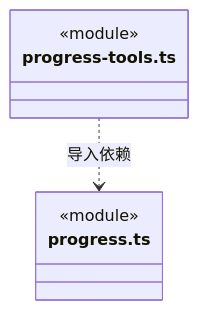
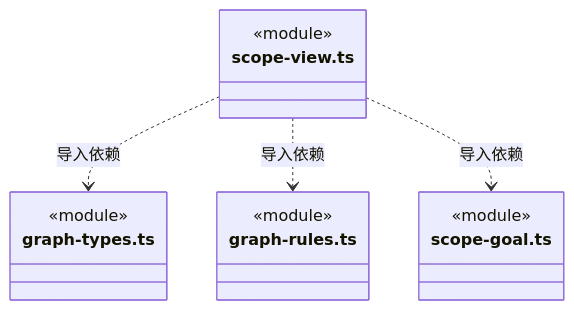
Diagram 41 of 43 in src/backend/core/tasks/ARCHITECTURE.md (nan023062/cbim), drawn with Mermaid before and after one commit. The commit also changed other lines of this file and 47 other files, not shown here.

````diff
--- a/src/backend/core/tasks/ARCHITECTURE.md
+++ b/src/backend/core/tasks/ARCHITECTURE.md
@@ -931,10 +1057,18 @@
 ```mermaid
 classDiagram
-class N_src_backend_core_tasks_progress_tools_ts["progress-tools.ts"] {
+class N_src_backend_core_tasks_scope_view_ts["scope-view.ts"] {
   <<module>>
 }
-class N_src_backend_core_tasks_progress_ts["progress.ts"] {
+class N_src_backend_core_tasks_graph_types_ts["graph-types.ts"] {
   <<module>>
 }
-N_src_backend_core_tasks_progress_tools_ts ..> N_src_backend_core_tasks_progress_ts : 导入依赖
+class N_src_backend_core_tasks_graph_rules_ts["graph-rules.ts"] {
+  <<module>>
+}
+class N_src_backend_core_tasks_scope_goal_ts["scope-goal.ts"] {
+  <<module>>
+}
+N_src_backend_core_tasks_scope_view_ts ..> N_src_backend_core_tasks_graph_types_ts : 导入依赖
+N_src_backend_core_tasks_scope_view_ts ..> N_src_backend_core_tasks_graph_rules_ts : 导入依赖
+N_src_backend_core_tasks_scope_view_ts ..> N_src_backend_core_tasks_scope_goal_ts : 导入依赖
 ```
````
